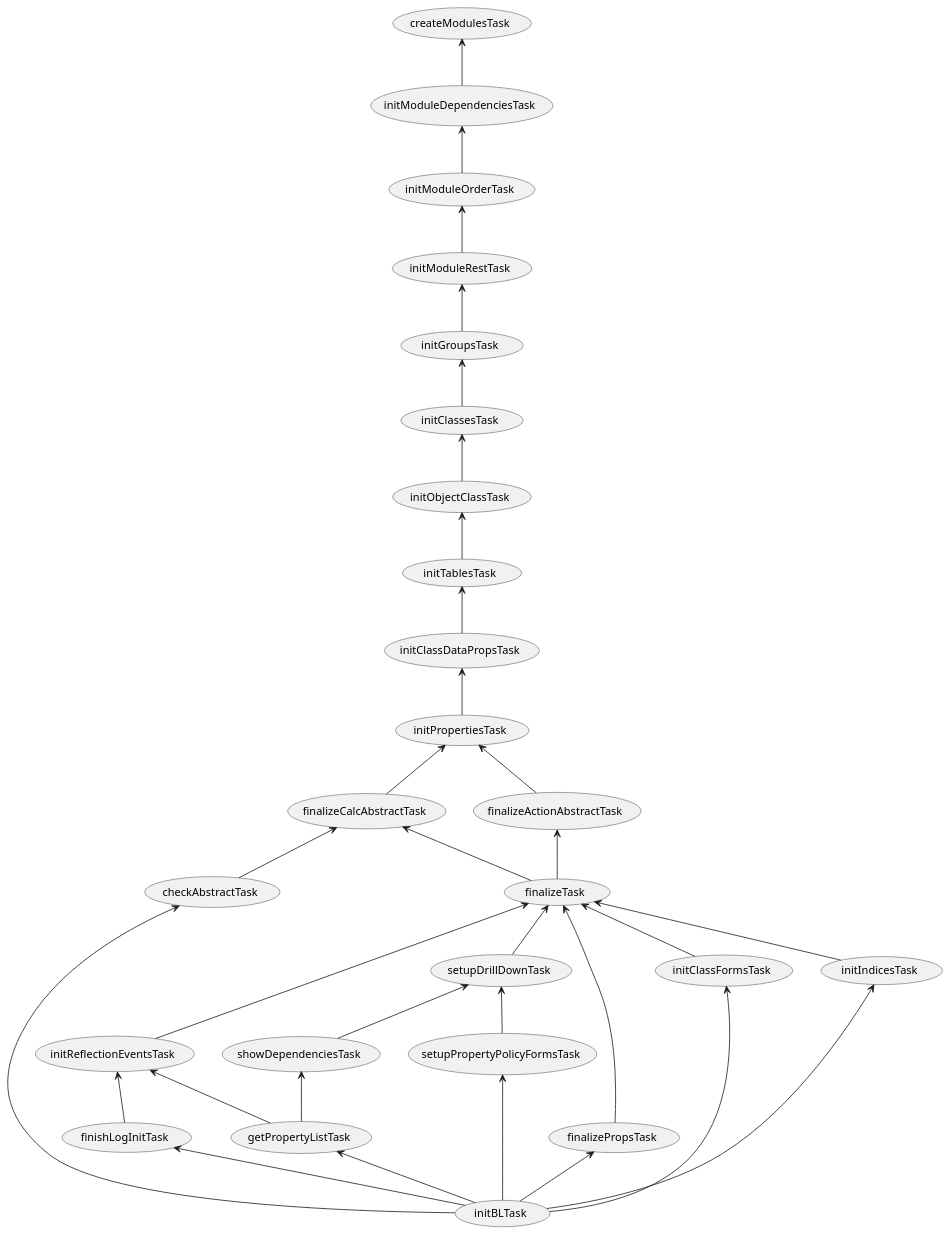
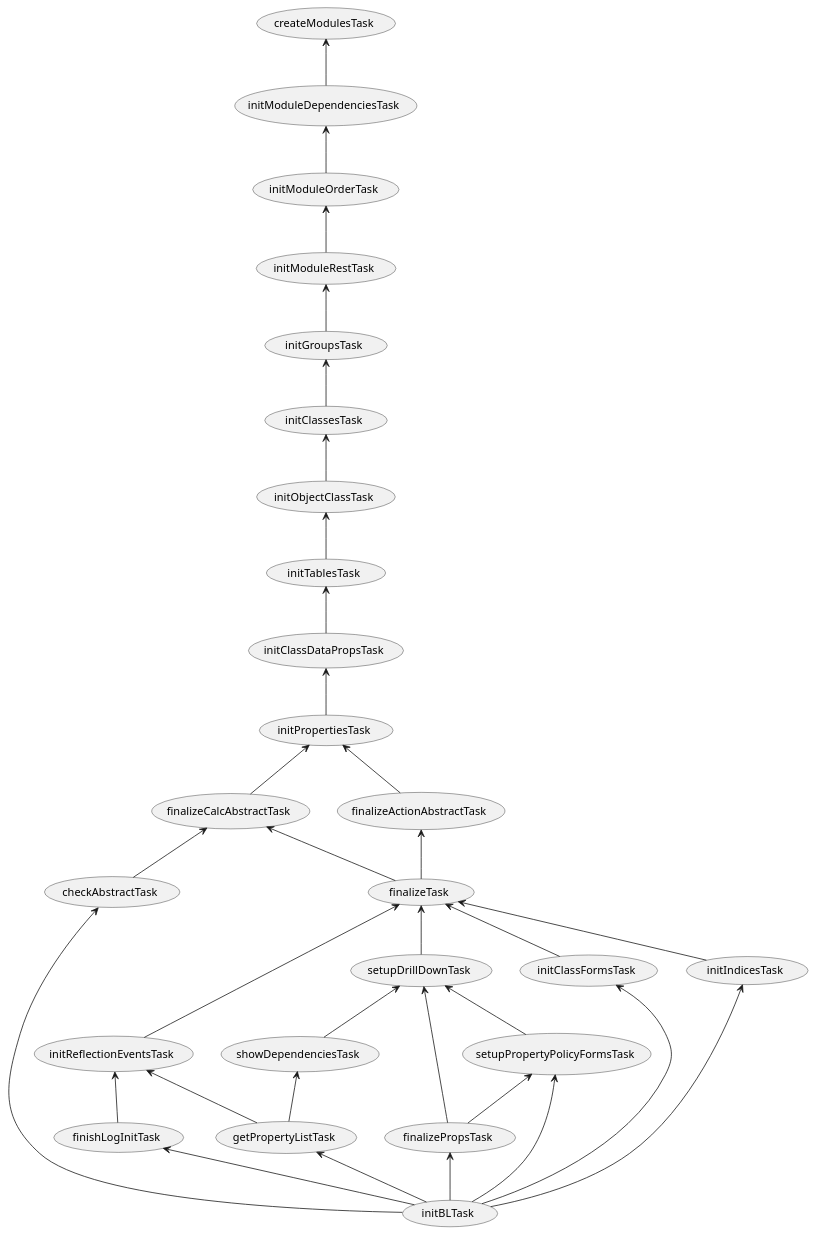
The diagram in server/src/main/resources/settings/common-bl-settings-task-graph.puml (lsfusion/platform), drawn with PlantUML before and after one commit. The commit also changed 1 other file, not shown here.

```diff
--- a/server/src/main/resources/settings/common-bl-settings-task-graph.puml
+++ b/server/src/main/resources/settings/common-bl-settings-task-graph.puml
@@ -5,35 +5,36 @@
 @startuml
 
 (createModulesTask) <-- (initModuleDependenciesTask)
 (initModuleDependenciesTask) <-- (initModuleOrderTask)
 (initModuleOrderTask) <-- (initModuleRestTask)
 (initModuleRestTask) <-- (initGroupsTask)
 (initGroupsTask) <-- (initClassesTask)
 (initClassesTask) <-- (initObjectClassTask)
 (initObjectClassTask) <-- (initTablesTask)
 (initTablesTask) <-- (initClassDataPropsTask)
 (initClassDataPropsTask) <-- (initPropertiesTask)
 (initPropertiesTask) <-- (finalizeCalcAbstractTask)
 (initPropertiesTask) <-- (finalizeActionAbstractTask)
 (finalizeCalcAbstractTask) <-- (checkAbstractTask)
 (finalizeCalcAbstractTask) <-- (finalizeTask)
 (finalizeActionAbstractTask) <-- (finalizeTask)
 (finalizeTask) <-- (initReflectionEventsTask)
 (initReflectionEventsTask) <-- (finishLogInitTask)
 (setupDrillDownTask) <-- (setupPropertyPolicyFormsTask)
 (finalizeTask) <-- (setupDrillDownTask)
 (setupDrillDownTask) <-- (showDependenciesTask)
 (initReflectionEventsTask) <-- (getPropertyListTask)
 (showDependenciesTask) <-- (getPropertyListTask)
-(finalizeTask) <-- (finalizePropsTask)
+(setupDrillDownTask) <-- (finalizePropsTask)
+(setupPropertyPolicyFormsTask) <-- (finalizePropsTask)
 (finalizeTask) <-- (initClassFormsTask)
 (finalizeTask) <-- (initIndicesTask)
 (checkAbstractTask) <-- (initBLTask)
 (getPropertyListTask) <-- (initBLTask)
 (setupPropertyPolicyFormsTask) <-- (initBLTask)
 (finishLogInitTask) <-- (initBLTask)
 (finalizePropsTask) <-- (initBLTask)
 (initIndicesTask) <-- (initBLTask)
 (initClassFormsTask) <-- (initBLTask)
 
 @enduml
```
